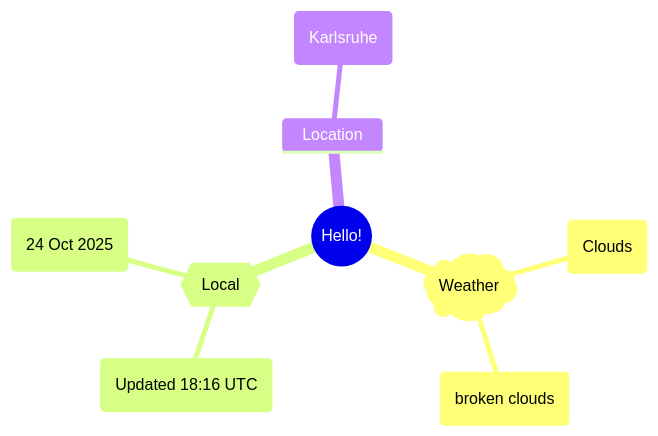
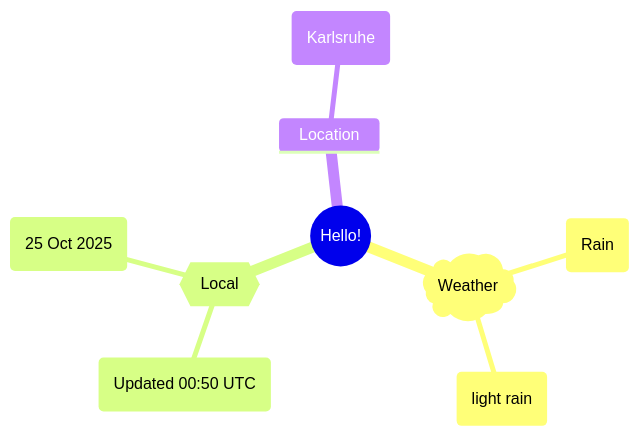
The first of 2 diagrams in README.md (Xosrov/Xosrov), drawn with Mermaid before and after one commit.

Commit message:
[bot] updated images

````diff
--- a/README.md
+++ b/README.md
@@ -3,12 +3,12 @@
 ```mermaid
 mindmap
   root((Hello!))
     )Weather(
-        (Clouds)
-        (broken clouds)
+        (Rain)
+        (light rain)
     {{Local}}
-        (Updated 18:16 UTC)
-        (24 Oct 2025)
+        (Updated 00:50 UTC)
+        (25 Oct 2025)
     Location
         (Karlsruhe)
 ```
````
